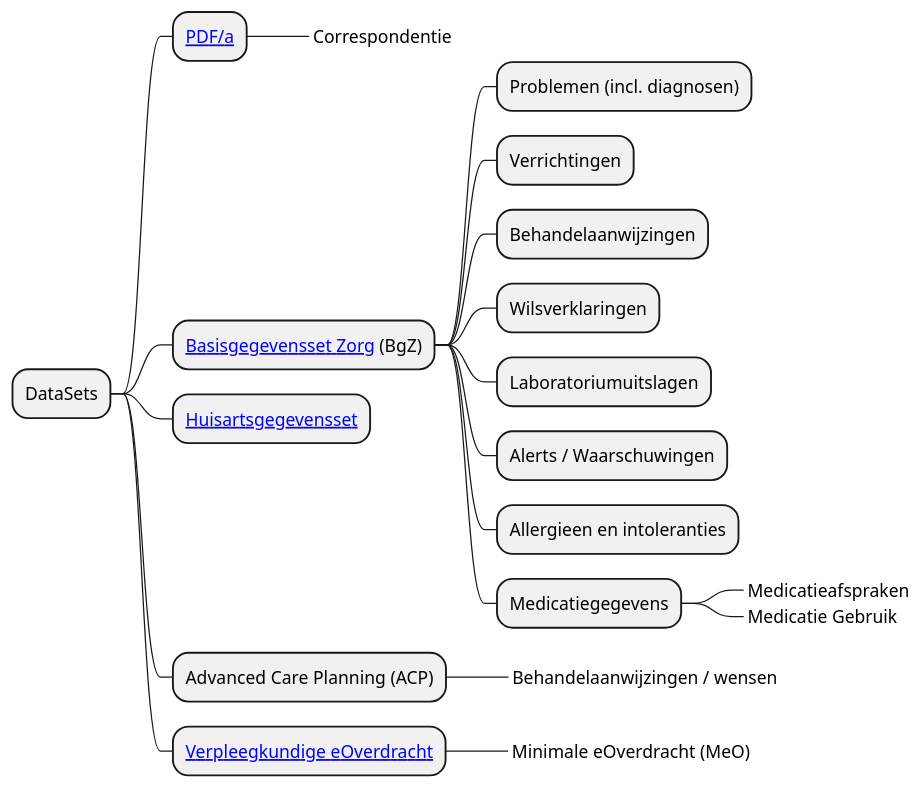
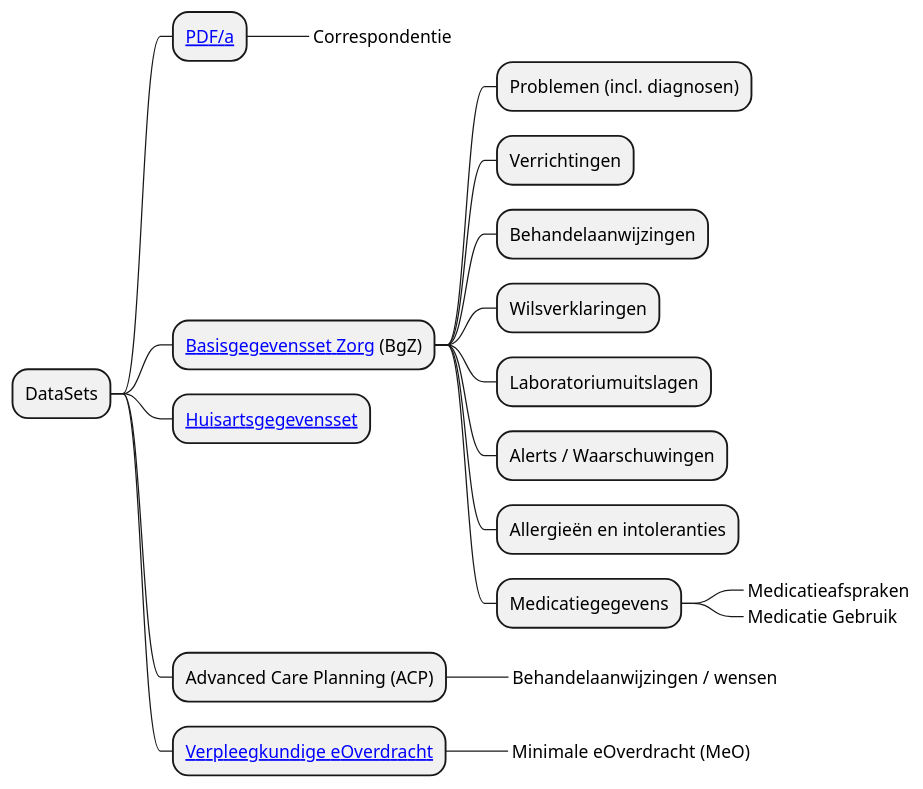
Before and after one commit to RIVO-Noord/zorgviewer-ig: the diagram in input/images-source/DataSetsLM.plantuml, drawn with PlantUML. The commit also changed 6 other files, not shown here.

```diff
--- a/input/images-source/DataSetsLM.plantuml
+++ b/input/images-source/DataSetsLM.plantuml
@@ -1,21 +1,21 @@
 @startmindmap
 * DataSets
 ** [[https://informatiestandaarden.nictiz.nl/wiki/MedMij:V2020.01/OntwerpPDFA PDF/a]]
 ***_ Correspondentie
 ** [[https://informatiestandaarden.nictiz.nl/wiki/MedMij:V2020.01/OntwerpBGZ_2017 Basisgegevensset Zorg]] (BgZ)
 *** Problemen (incl. diagnosen)
 *** Verrichtingen
 *** Behandelaanwijzingen
 *** Wilsverklaringen
 *** Laboratoriumuitslagen
 *** Alerts / Waarschuwingen
-*** Allergieen en intoleranties
+*** Allergieën en intoleranties
 *** Medicatiegegevens
 ****_ Medicatieafspraken
 ****_ Medicatie Gebruik
 ** [[https://informatiestandaarden.nictiz.nl/wiki/MedMij:V2020.01/FHIR_GP_Data Huisartsgegevensset]]
 ** Advanced Care Planning (ACP)
 ***_ Behandelaanwijzingen / wensen
 ** [[https://informatiestandaarden.nictiz.nl/wiki/Landingspagina_Verpleegkundige_Zorg Verpleegkundige eOverdracht]]
 ***_ Minimale eOverdracht (MeO)
 @endmindmap
```
